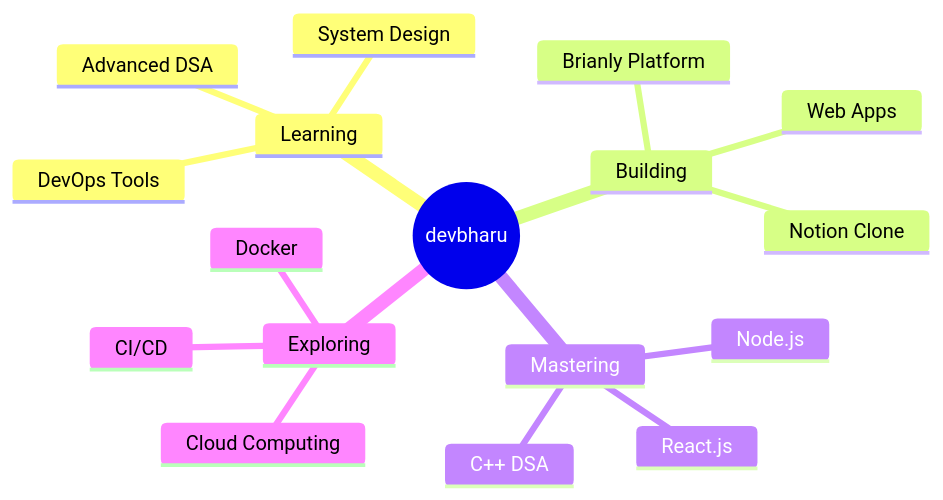
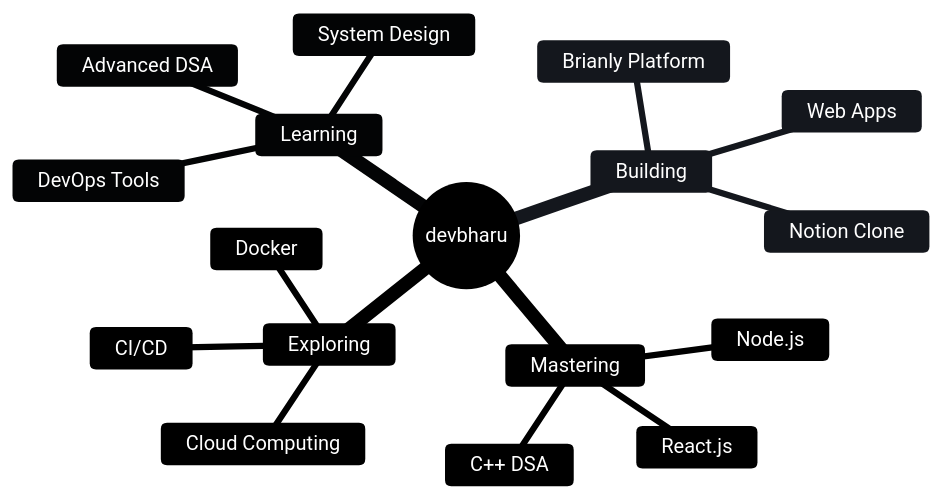
One commit to devbharu/devbharu changed the diagram in Readme.md. Above: the diagram before and after it, drawn with Mermaid. The commit also changed other lines of this file, not shown here.

````diff
--- a/Readme.md
+++ b/Readme.md
@@ -84,20 +83,21 @@
 ```mermaid
+%%{init: {'theme':'base', 'themeVariables': { 'primaryColor':'#1e293b','primaryTextColor':'#fff','primaryBorderColor':'#00D9FF','lineColor':'#00D9FF','secondaryColor':'#334155','tertiaryColor':'#475569'}}}%%
 mindmap
   root((devbharu))
     Learning
       DevOps Tools
       System Design
       Advanced DSA
     Building
       Brianly Platform
       Notion Clone
       Web Apps
     Mastering
       React.js
       Node.js
       C++ DSA
     Exploring
       Cloud Computing
       Docker
       CI/CD
 ```
````
